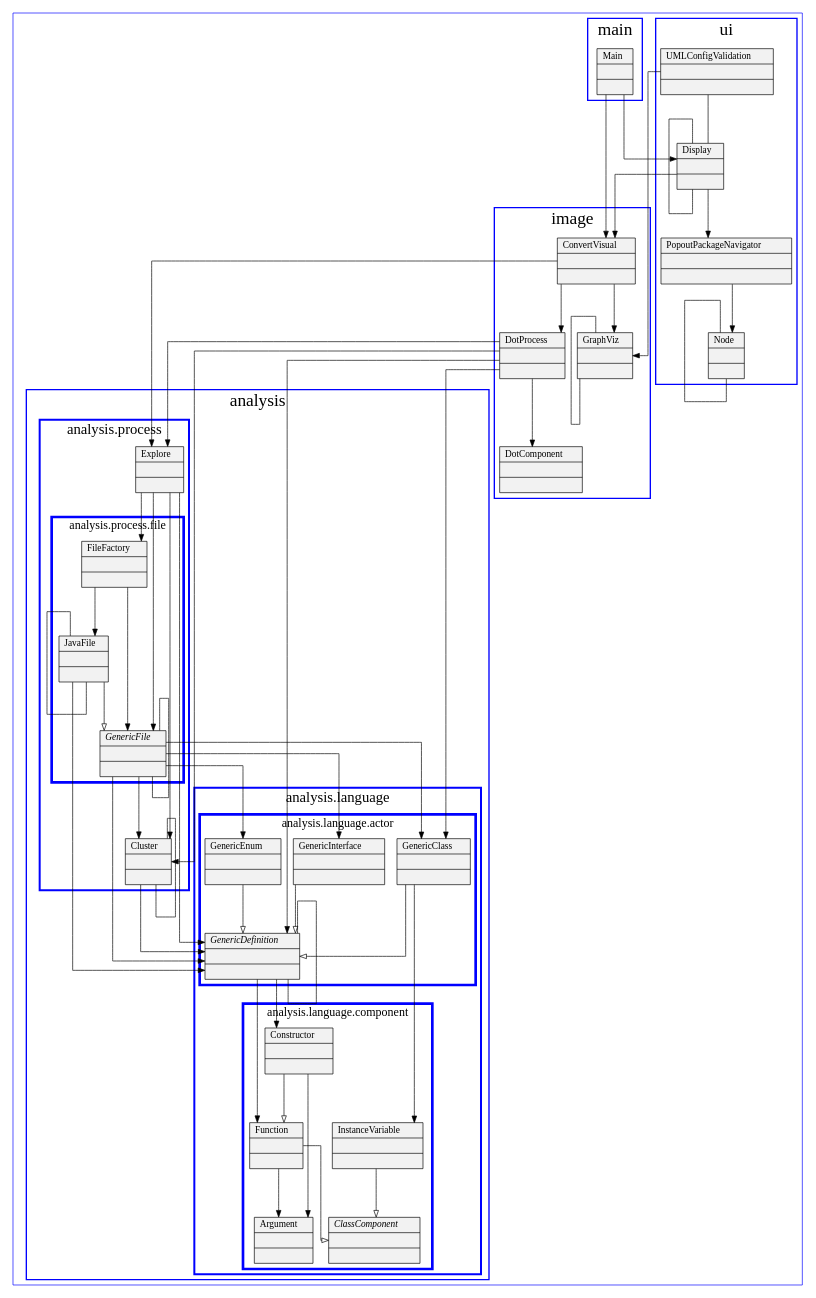
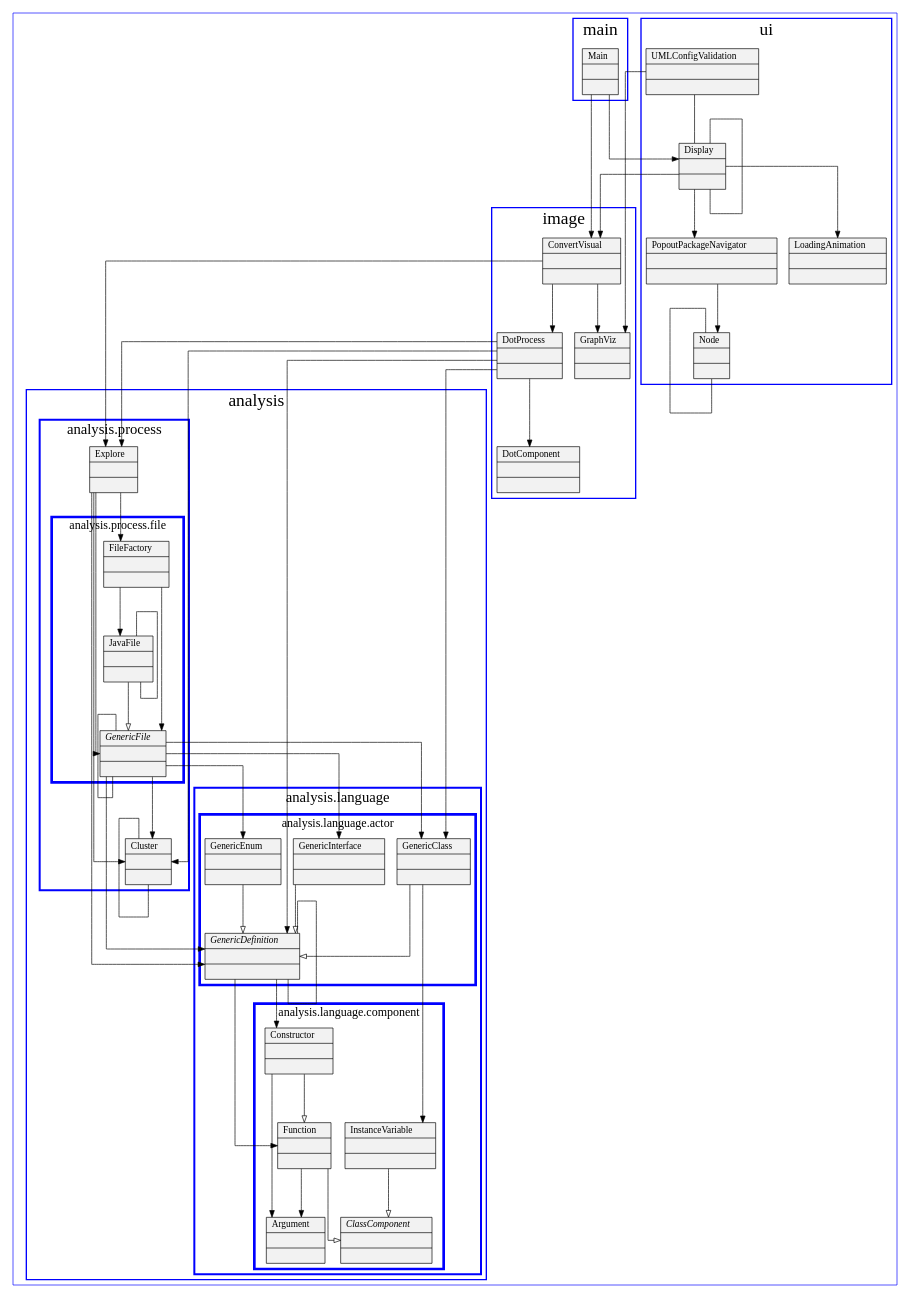
One commit to Reithger/Project-Diagram-Generator changed the diagram in dotsource.dot. Above: the diagram before and after it, drawn with Graphviz. The commit also changed 35 other files, not shown here.

```diff
--- a/dotsource.dot
+++ b/dotsource.dot
@@ -1,151 +1,151 @@
 digraph G {
 	node[shape=record,style=filled,fillcolor=gray95];
 	edge[concentrate=true];
 	graph[splines = ortho, ranksep = 1, ratio = fill, color=blue];
 	rankdir = TB;
 
 	n0 [label = <{Function||}>];
 	n1 [label = <{JavaFile||}>];
 	n2 [label = <{ConvertVisual||}>];
 	n3 [label = <{PopoutPackageNavigator||}>];
 	n4 [label = <{UMLConfigValidation||}>];
 	n5 [label = <{InstanceVariable||}>];
 	n6 [label = <{Cluster||}>];
 	n7 [label = <{DotProcess||}>];
 	n8 [label = <{GenericInterface||}>];
 	n9 [label = <{Argument||}>];
 	n10 [label = <{DotComponent||}>];
 	n11 [label = <{<i>GenericFile</i>||}>];
 	n12 [label = <{Display||}>];
 	n13 [label = <{Constructor||}>];
 	n14 [label = <{GraphViz||}>];
 	n15 [label = <{GenericEnum||}>];
 	n16 [label = <{GenericClass||}>];
 	n17 [label = <{<i>ClassComponent</i>||}>];
 	n18 [label = <{FileFactory||}>];
-	n19 [label = <{Main||}>];
-	n20 [label = <{Node||}>];
-	n21 [label = <{<i>GenericDefinition</i>||}>];
-	n22 [label = <{Explore||}>];
+	n19 [label = <{LoadingAnimation||}>];
+	n20 [label = <{Main||}>];
+	n21 [label = <{Node||}>];
+	n22 [label = <{<i>GenericDefinition</i>||}>];
+	n23 [label = <{Explore||}>];
 	subgraph cluster_{
 		label = "";
 		fontsize = 30;
 		penwidth = 1;
 		subgraph cluster_analysis{
 			label = "analysis";
 			fontsize = 26;
 			penwidth = 2;
 			subgraph cluster_analysis_language{
 				label = "analysis.language";
 				fontsize = 22;
 				penwidth = 3;
 				subgraph cluster_analysis_language_actor{
 					label = "analysis.language.actor";
 					fontsize = 18;
 					penwidth = 4;
+					n15;
 					n16;
-					n15;
 					n8;
-					n21;
+					n22;
 				}
 				subgraph cluster_analysis_language_component{
 					label = "analysis.language.component";
 					fontsize = 18;
 					penwidth = 4;
+					n0;
+					n13;
+					n17;
+					n5;
 					n9;
-					n17;
-					n0;
-					n5;
-					n13;
 				}
 			}
 			subgraph cluster_analysis_process{
 				label = "analysis.process";
 				fontsize = 22;
 				penwidth = 3;
 				n6;
-				n22;
+				n23;
 				subgraph cluster_analysis_process_file{
 					label = "analysis.process.file";
 					fontsize = 18;
 					penwidth = 4;
+					n11;
+					n1;
 					n18;
-					n1;
-					n11;
 				}
 			}
 		}
 		subgraph cluster_image{
 			label = "image";
 			fontsize = 26;
 			penwidth = 2;
 			n2;
-			n10;
 			n14;
 			n7;
+			n10;
 		}
 		subgraph cluster_main{
 			label = "main";
 			fontsize = 26;
 			penwidth = 2;
-			n19;
+			n20;
 		}
 		subgraph cluster_ui{
 			label = "ui";
 			fontsize = 26;
 			penwidth = 2;
 			n12;
-			n20;
+			n3;
 			n4;
-			n3;
+			n19;
+			n21;
 		}
 	}
 	n0 -> n17[arrowhead=onormal];
 	n0 -> n9[arrowhead=normal];
 	n1 -> n11[arrowhead=onormal];
-	n1 -> n21[arrowhead=normal];
 	n1 -> n1[arrowhead=none];
-	n2 -> n22[arrowhead=normal];
+	n2 -> n23[arrowhead=normal];
 	n2 -> n7[arrowhead=normal];
 	n2 -> n14[arrowhead=normal];
-	n3 -> n20[arrowhead=normal];
+	n3 -> n21[arrowhead=normal];
 	n4 -> n14[arrowhead=normal];
 	n4 -> n12[arrowhead=none];
 	n5 -> n17[arrowhead=onormal];
-	n6 -> n21[arrowhead=normal];
 	n6 -> n6[arrowhead=none];
 	n7 -> n16[arrowhead=normal];
-	n7 -> n21[arrowhead=normal];
+	n7 -> n22[arrowhead=normal];
 	n7 -> n6[arrowhead=normal];
-	n7 -> n22[arrowhead=normal];
+	n7 -> n23[arrowhead=normal];
 	n7 -> n10[arrowhead=normal];
-	n8 -> n21[arrowhead=onormal];
+	n8 -> n22[arrowhead=onormal];
 	n11 -> n16[arrowhead=normal];
-	n11 -> n21[arrowhead=normal];
+	n11 -> n22[arrowhead=normal];
 	n11 -> n15[arrowhead=normal];
 	n11 -> n8[arrowhead=normal];
 	n11 -> n6[arrowhead=normal];
 	n11 -> n11[arrowhead=none];
 	n12 -> n2[arrowhead=normal];
+	n12 -> n19[arrowhead=normal];
 	n12 -> n3[arrowhead=normal];
 	n12 -> n12[arrowhead=none];
 	n13 -> n0[arrowhead=onormal];
 	n13 -> n9[arrowhead=normal];
-	n14 -> n14[arrowhead=none];
-	n15 -> n21[arrowhead=onormal];
-	n16 -> n21[arrowhead=onormal];
+	n15 -> n22[arrowhead=onormal];
+	n16 -> n22[arrowhead=onormal];
 	n16 -> n5[arrowhead=normal];
 	n18 -> n11[arrowhead=normal];
 	n18 -> n1[arrowhead=normal];
-	n19 -> n2[arrowhead=normal];
-	n19 -> n12[arrowhead=normal];
-	n20 -> n20[arrowhead=none];
-	n21 -> n13[arrowhead=normal];
-	n21 -> n0[arrowhead=normal];
+	n20 -> n2[arrowhead=normal];
+	n20 -> n12[arrowhead=normal];
 	n21 -> n21[arrowhead=none];
-	n22 -> n21[arrowhead=normal];
-	n22 -> n18[arrowhead=normal];
-	n22 -> n11[arrowhead=normal];
-	n22 -> n6[arrowhead=normal];
+	n22 -> n13[arrowhead=normal];
+	n22 -> n0[arrowhead=normal];
+	n22 -> n22[arrowhead=none];
+	n23 -> n22[arrowhead=normal];
+	n23 -> n18[arrowhead=normal];
+	n23 -> n11[arrowhead=normal];
+	n23 -> n6[arrowhead=normal];
 
 }
```
